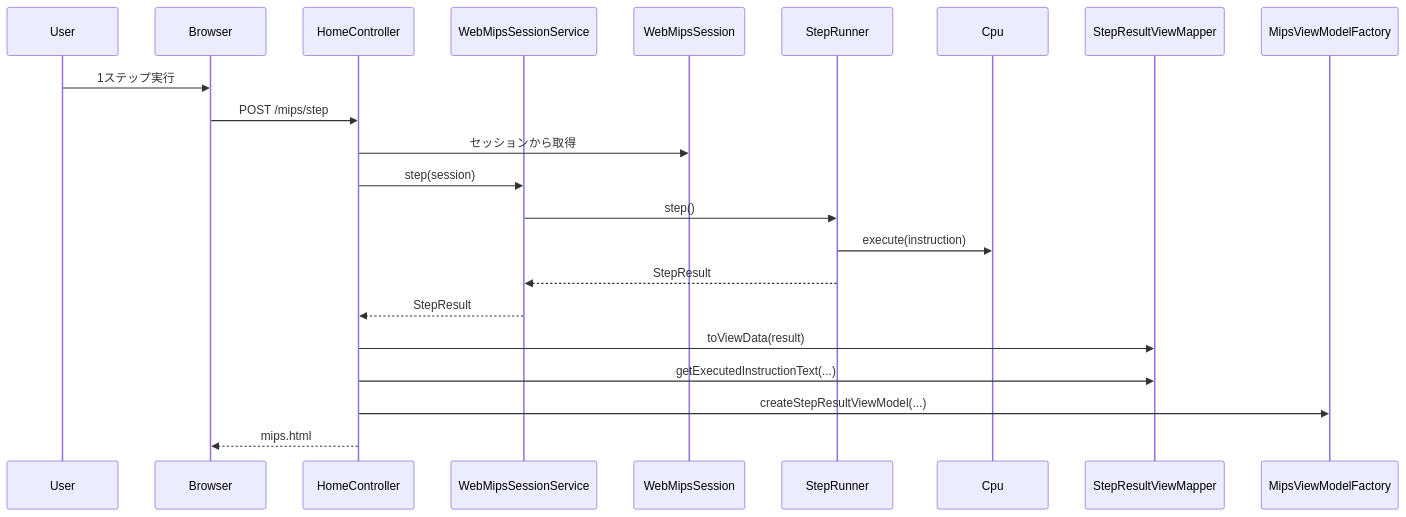
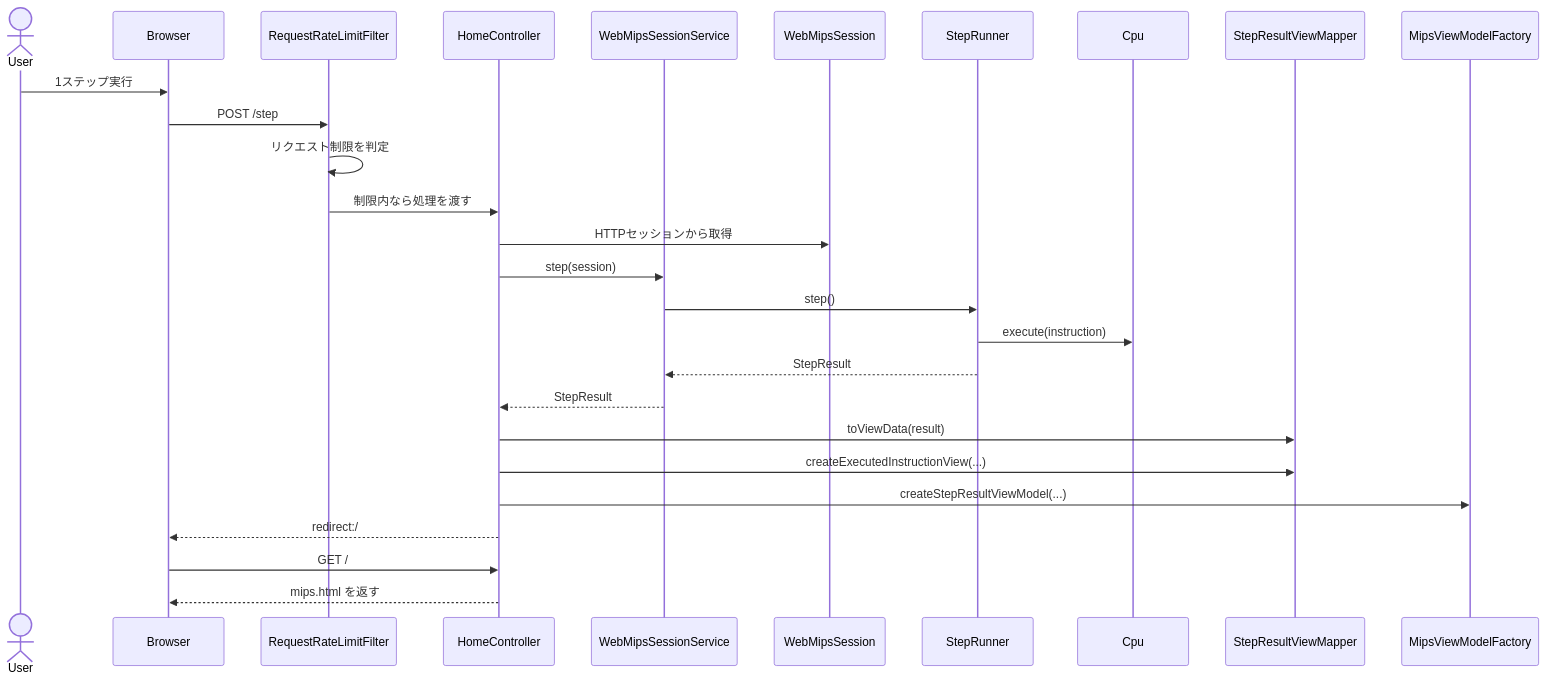
Before and after one commit to mkunori/MipsStepLab: the fourth of 5 diagrams in README.md, drawn with Mermaid. The commit also changed other lines of this file, not shown here.

````diff
--- a/README.md
+++ b/README.md
@@ -495,26 +500,30 @@
 ```mermaid
 sequenceDiagram
+    actor User
+    participant Browser
+    participant Filter as RequestRateLimitFilter
+    participant Controller as HomeController
+    participant Service as WebMipsSessionService
+    participant Session as WebMipsSession
+    participant Runner as StepRunner
+    participant Cpu
+    participant Mapper as StepResultViewMapper
+    participant Factory as MipsViewModelFactory
 
-participant User
-participant Browser
-participant HomeController
-participant WebMipsSessionService
-participant WebMipsSession
-participant StepRunner
-participant Cpu
-participant StepResultViewMapper
-participant MipsViewModelFactory
-
-User ->> Browser : 1ステップ実行
-Browser ->> HomeController : POST /mips/step
-HomeController ->> WebMipsSession : セッションから取得
-HomeController ->> WebMipsSessionService : step(session)
-WebMipsSessionService ->> StepRunner : step()
-StepRunner ->> Cpu : execute(instruction)
-StepRunner -->> WebMipsSessionService : StepResult
-WebMipsSessionService -->> HomeController : StepResult
-HomeController ->> StepResultViewMapper : toViewData(result)
-HomeController ->> StepResultViewMapper : getExecutedInstructionText(...)
-HomeController ->> MipsViewModelFactory : createStepResultViewModel(...)
-HomeController -->> Browser : mips.html
+    User->>Browser: 1ステップ実行
+    Browser->>Filter: POST /step
+    Filter->>Filter: リクエスト制限を判定
+    Filter->>Controller: 制限内なら処理を渡す
+    Controller->>Session: HTTPセッションから取得
+    Controller->>Service: step(session)
+    Service->>Runner: step()
+    Runner->>Cpu: execute(instruction)
+    Runner-->>Service: StepResult
+    Service-->>Controller: StepResult
+    Controller->>Mapper: toViewData(result)
+    Controller->>Mapper: createExecutedInstructionView(...)
+    Controller->>Factory: createStepResultViewModel(...)
+    Controller-->>Browser: redirect:/
+    Browser->>Controller: GET /
+    Controller-->>Browser: mips.html を返す
 ```
````
